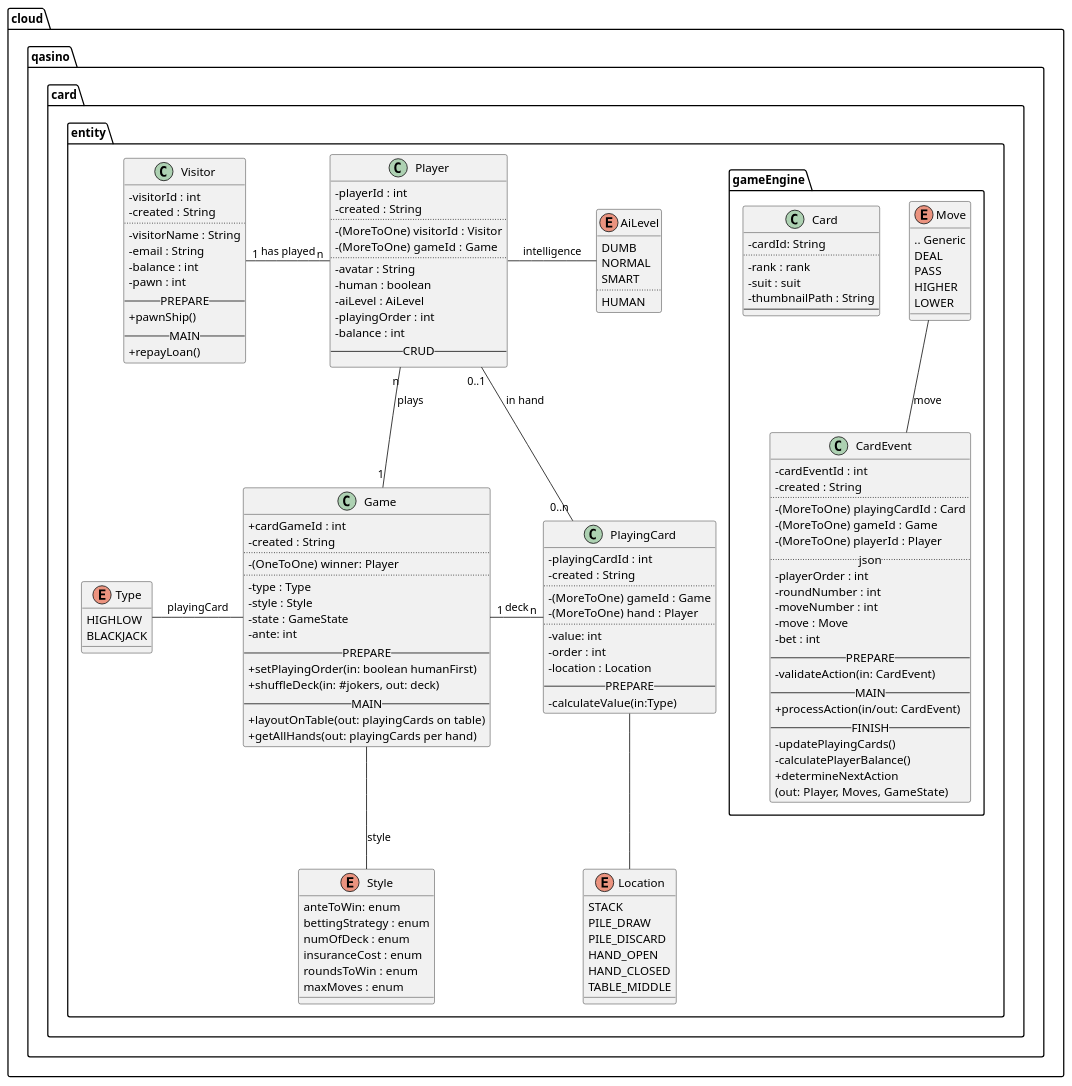
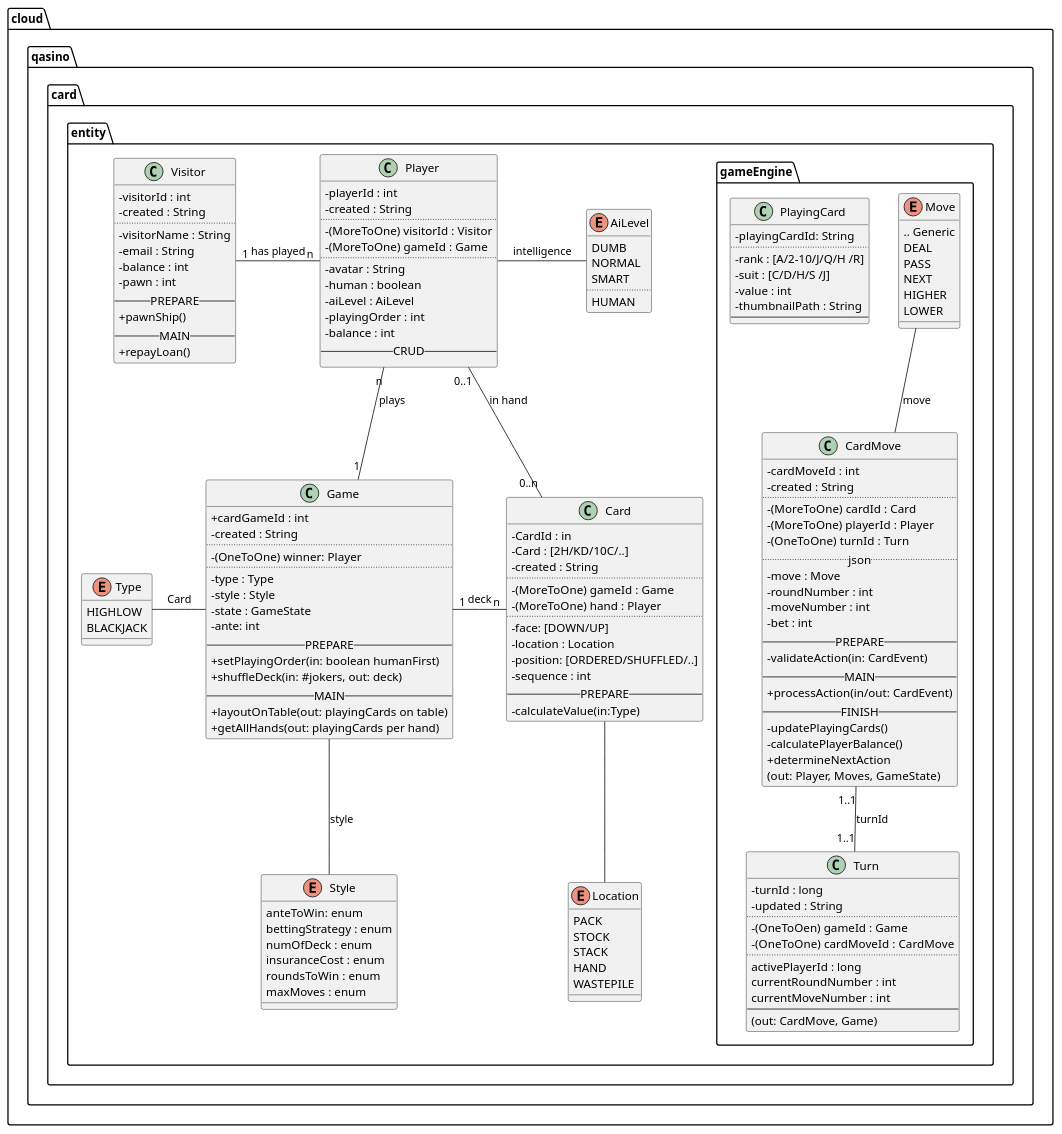
The diagram in server/webapp/src/main/java/cloud/qasino/games/database/entity/Qasino.puml (saalk/qasino), drawn with PlantUML before and after one commit. The commit also changed 769 other files, not shown here.

```diff
--- a/server/webapp/src/main/java/cloud/qasino/games/database/entity/Qasino.puml
+++ b/server/webapp/src/main/java/cloud/qasino/games/database/entity/Qasino.puml
@@ -1,151 +1,168 @@
 @startuml src/main/resources/plantuml/Casino.png
 		skinparam classAttributeIconSize 0
 		package "cloud.qasino.card" {
 		package "entity" {
 
 class Visitor {
 - visitorId : int
 - created : String
 ..
 - visitorName : String
 - email : String
 - balance : int
 - pawn : int
 -- PREPARE --
 + pawnShip()
 -- MAIN --
 + repayLoan()
 }
 Visitor "1" -right- "n" Player: has played
 
 class Player {
 - playerId : int
 - created : String
 ..
 - (MoreToOne) visitorId : Visitor
 - (MoreToOne) gameId : Game
 ..
 - avatar : String
 - human : boolean
 - aiLevel : AiLevel
 - playingOrder : int
 - balance : int
 -- CRUD --
 }
 Player -right- AiLevel : intelligence
 Player "n" -down- "1" Game : plays
 
 enum AiLevel {
 DUMB
 NORMAL
 SMART
 ..
 HUMAN
 }
 
 class Game {
 + cardGameId : int
 - created : String
 ..
 - (OneToOne) winner: Player
 ..
 - type : Type
 - style : Style
 - state : GameState
 - ante: int
 -- PREPARE --
 + setPlayingOrder(in: boolean humanFirst)
 + shuffleDeck(in: #jokers, out: deck)
 -- MAIN --
 + layoutOnTable(out: playingCards on table)
 + getAllHands(out: playingCards per hand)
 }
 
-Game -left- Type : playingCard
+Game -left- Type : Card
 Game -down- Style : style
-Game "1" -right- "n" PlayingCard : deck
+Game "1" -right- "n" Card : deck
 
 enum Type {
 HIGHLOW
 BLACKJACK
 }
 
 enum Style {
 	anteToWin: enum
 	bettingStrategy : enum
 	numOfDeck : enum
 	insuranceCost : enum
 	roundsToWin : enum
 	maxMoves : enum
 }
 
-class PlayingCard {
-- playingCardId : int
+class Card {
+- CardId : in
+- Card : [2H/KD/10C/..]
 - created : String
 ..
 - (MoreToOne) gameId : Game
 - (MoreToOne) hand : Player
 ..
-- value: int
-- order : int
+- face: [DOWN/UP]
 - location : Location
+- position: [ORDERED/SHUFFLED/..]
+- sequence : int
 -- PREPARE --
 - calculateValue(in:Type)
 }
-PlayingCard -down- Location
-PlayingCard "0..n" -up- "0..1" Player : in hand
+Card -down- Location
+Card "0..n" -up- "0..1" Player : in hand
 
 enum Location {
+PACK
+STOCK
 STACK
-PILE_DRAW
-PILE_DISCARD
-HAND_OPEN
-HAND_CLOSED
-TABLE_MIDDLE
+HAND
+WASTEPILE
 }
 
 
 package "gameEngine" {
-class Card {
-- cardId: String
+class PlayingCard {
+- playingCardId: String
 ..
-- rank : rank
-- suit : suit
+- rank : [A/2-10/J/Q/H /R]
+- suit : [C/D/H/S /J]
+- value : int
 - thumbnailPath : String
 --
 }
 
-class CardEvent {
-- cardEventId : int
+class CardMove {
+- cardMoveId : int
 - created : String
 ..
-- (MoreToOne) playingCardId : Card
-- (MoreToOne) gameId : Game
+- (MoreToOne) cardId : Card
 - (MoreToOne) playerId : Player
+- (OneToOne) turnId : Turn
 .. json..
-- playerOrder : int
+- move : Move
 - roundNumber : int
 - moveNumber : int
-- move : Move
 - bet : int
 -- PREPARE --
 - validateAction(in: CardEvent)
 -- MAIN --
 + processAction(in/out: CardEvent)
 -- FINISH --
 - updatePlayingCards()
 - calculatePlayerBalance()
 + determineNextAction
 (out: Player, Moves, GameState)
 }
-CardEvent -up- Move : move
+CardMove -up- Move : move
+CardMove "1..1" -down- "1..1" Turn : turnId
+
+class Turn {
+- turnId : long
+- updated : String
+..
+- (OneToOen) gameId : Game
+- (OneToOne) cardMoveId : CardMove
+..
+activePlayerId : long
+currentRoundNumber : int
+currentMoveNumber : int
+--
+(out: CardMove, Game)
+}
 
 enum Move {
 .. Generic
 DEAL
 PASS
+NEXT
 HIGHER
 LOWER
 }
 }
 @enduml
```
